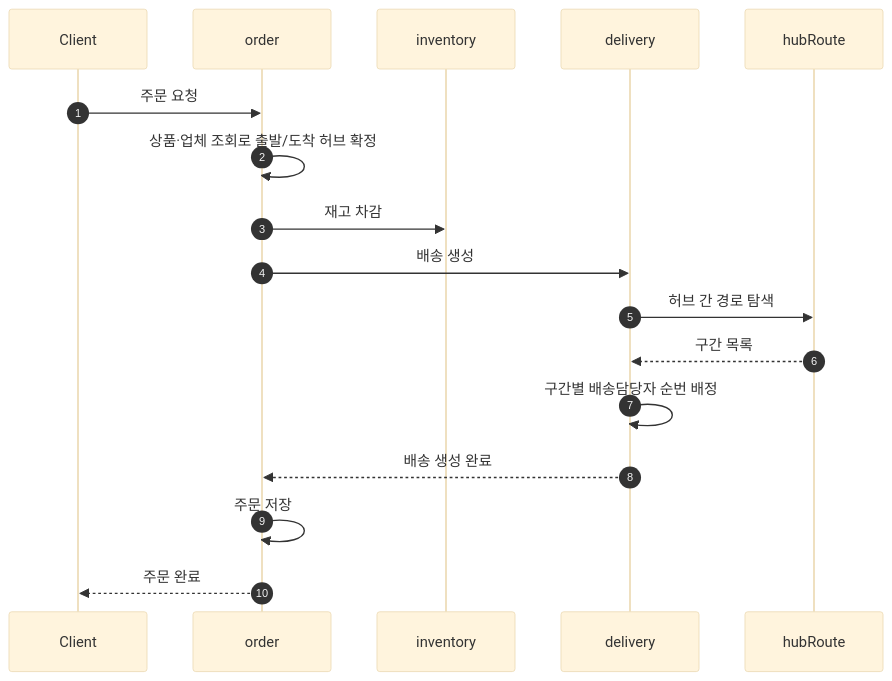
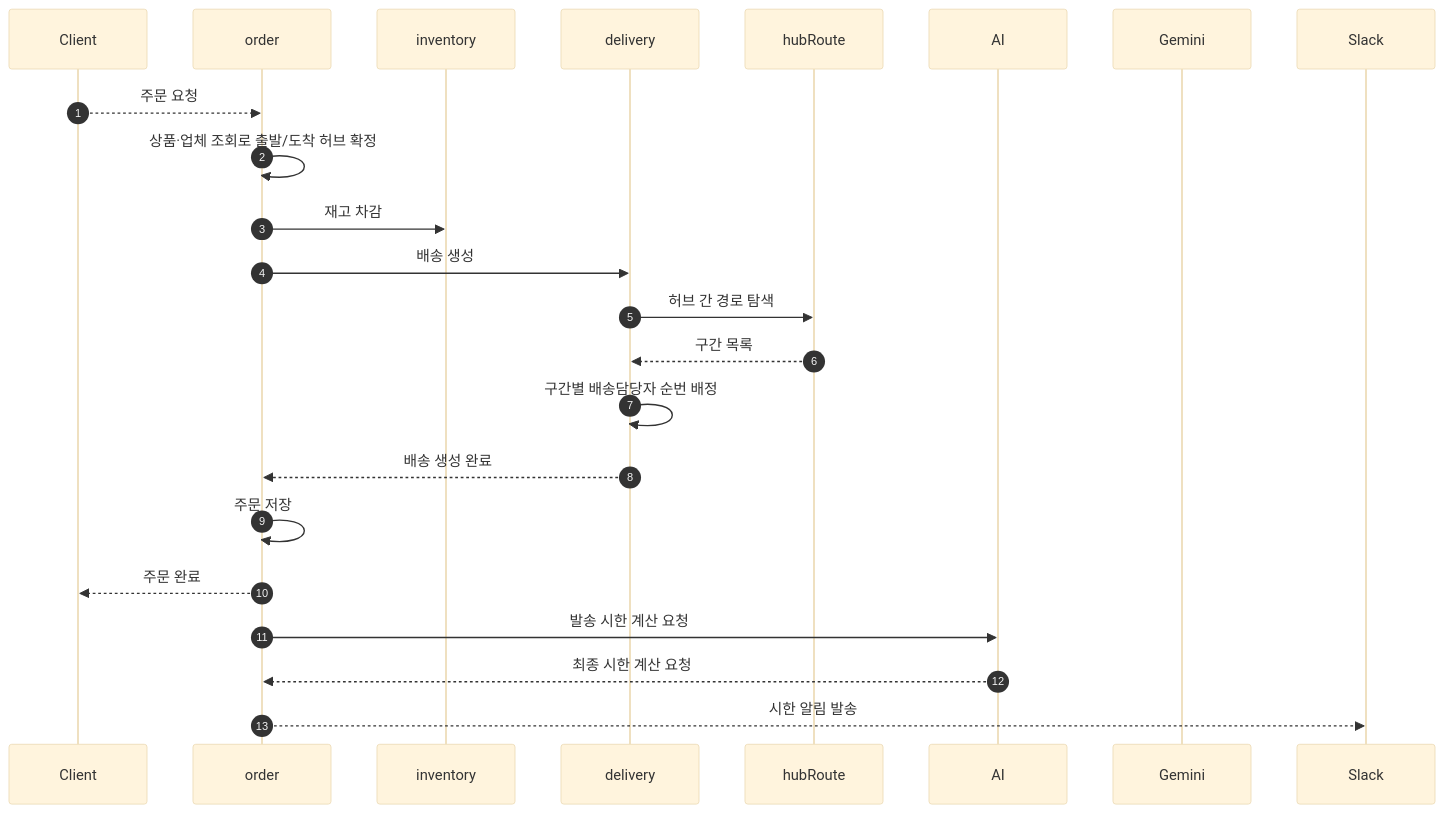
One commit to 1010-2-Logistics/logistics changed the diagram in README.md. Above: the diagram before and after it, drawn with Mermaid (base theme). The commit also changed 1 other file, not shown here.

Commit message:
docs: application.yml 수정

````diff
--- a/README.md
+++ b/README.md
@@ -67,20 +67,26 @@
 ```mermaid
 sequenceDiagram
     autonumber
     participant C as Client
     participant O as order
     participant I as inventory
     participant D as delivery
     participant HR as hubRoute
+    participant A as AI
+    participant G as Gemini
+    participant S as Slack
 
-    C->>O: 주문 요청
+    C-->>O: 주문 요청
     O->>O: 상품·업체 조회로 출발/도착 허브 확정
     O->>I: 재고 차감
     O->>D: 배송 생성
     D->>HR: 허브 간 경로 탐색
     HR-->>D: 구간 목록
     D->>D: 구간별 배송담당자 순번 배정
     D-->>O: 배송 생성 완료
     O->>O: 주문 저장
     O-->>C: 주문 완료
+    O->>A: 발송 시한 계산 요청
+    A-->>O: 최종 시한 계산 요청
+    O-->>S: 시한 알림 발송
 ```
````
